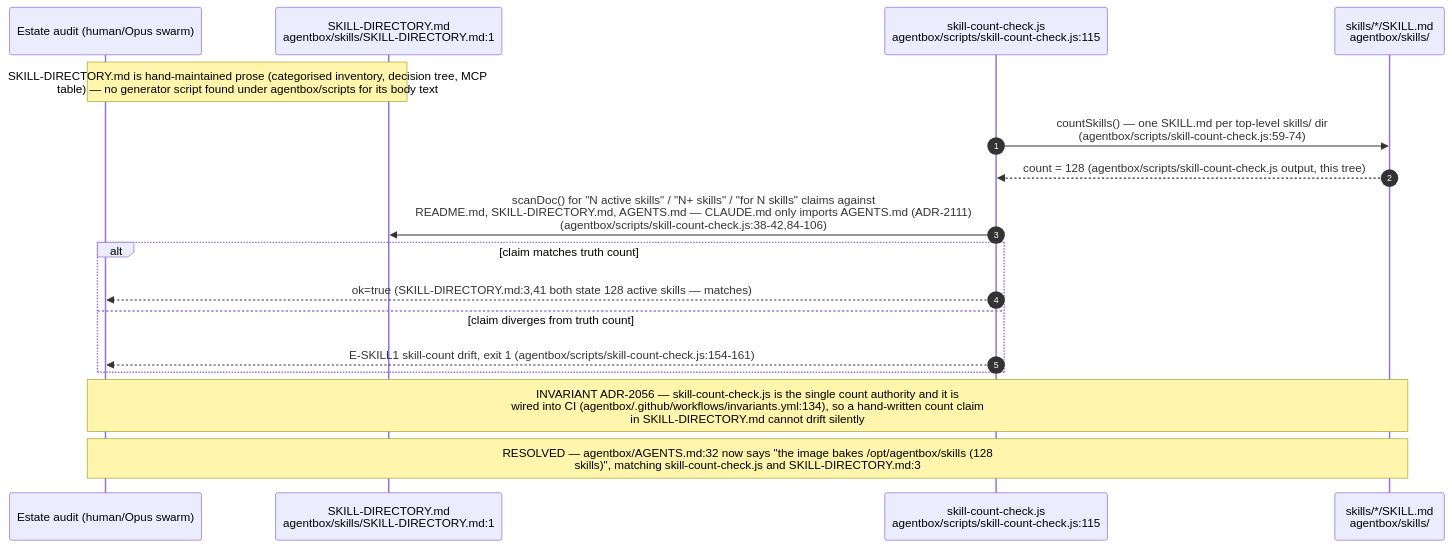
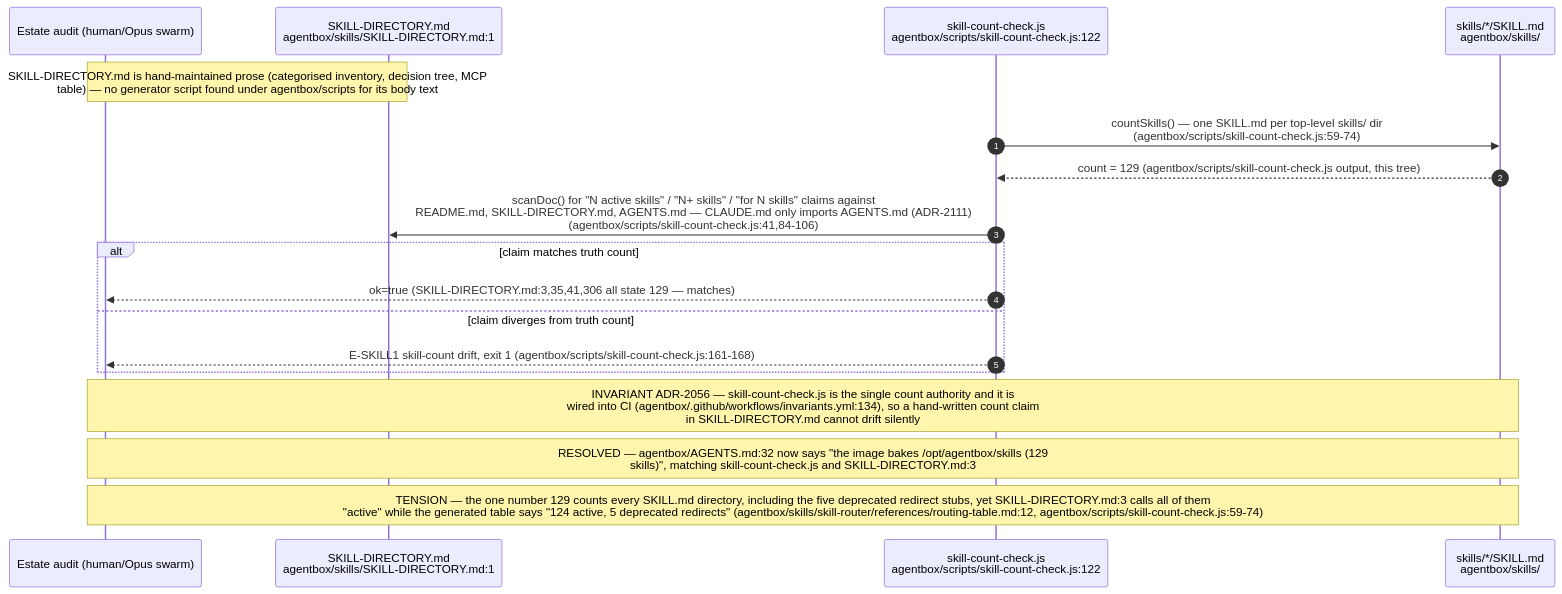
The fourth of 12 diagrams in docs/diagrams/agentbox/22-skills-and-routing.md (DreamLab-AI/VisionFlow), drawn with Mermaid before and after one commit. The commit also changed other lines of this file and 80 other files, not shown here.

First line of the commit message:
docs(diagrams): re-verify the agentbox, dreamlab, estate and visionflow corpus against current sources

````diff
--- a/docs/diagrams/agentbox/22-skills-and-routing.md
+++ b/docs/diagrams/agentbox/22-skills-and-routing.md
@@ -184,20 +185,21 @@
 ```mermaid
 sequenceDiagram
     autonumber
     participant AUTHOR as Estate audit (human/Opus swarm)
     participant DIR as SKILL-DIRECTORY.md<br/>agentbox/skills/SKILL-DIRECTORY.md:1
-    participant CNT as skill-count-check.js<br/>agentbox/scripts/skill-count-check.js:115
+    participant CNT as skill-count-check.js<br/>agentbox/scripts/skill-count-check.js:122
     participant DISK as skills/*/SKILL.md<br/>agentbox/skills/
 
     Note over AUTHOR,DIR: SKILL-DIRECTORY.md is hand-maintained prose (categorised inventory, decision tree, MCP<br/>table) — no generator script found under agentbox/scripts for its body text
     CNT->>DISK: countSkills() — one SKILL.md per top-level skills/ dir<br/>(agentbox/scripts/skill-count-check.js:59-74)
-    DISK-->>CNT: count = 128 (agentbox/scripts/skill-count-check.js output, this tree)
-    CNT->>DIR: scanDoc() for "N active skills" / "N+ skills" / "for N skills" claims against<br/>README.md, SKILL-DIRECTORY.md, AGENTS.md — CLAUDE.md only imports AGENTS.md (ADR-2111)<br/>(agentbox/scripts/skill-count-check.js:38-42,84-106)
+    DISK-->>CNT: count = 129 (agentbox/scripts/skill-count-check.js output, this tree)
+    CNT->>DIR: scanDoc() for "N active skills" / "N+ skills" / "for N skills" claims against<br/>README.md, SKILL-DIRECTORY.md, AGENTS.md — CLAUDE.md only imports AGENTS.md (ADR-2111)<br/>(agentbox/scripts/skill-count-check.js:41,84-106)
     alt claim matches truth count
-        CNT-->>AUTHOR: ok=true (SKILL-DIRECTORY.md:3,41 both state 128 active skills — matches)
+        CNT-->>AUTHOR: ok=true (SKILL-DIRECTORY.md:3,35,41,306 all state 129 — matches)
     else claim diverges from truth count
-        CNT-->>AUTHOR: E-SKILL1 skill-count drift, exit 1 (agentbox/scripts/skill-count-check.js:154-161)
+        CNT-->>AUTHOR: E-SKILL1 skill-count drift, exit 1 (agentbox/scripts/skill-count-check.js:161-168)
     end
     Note over AUTHOR,DISK: INVARIANT ADR-2056 — skill-count-check.js is the single count authority and it is<br/>wired into CI (agentbox/.github/workflows/invariants.yml:134), so a hand-written count claim<br/>in SKILL-DIRECTORY.md cannot drift silently
-    Note over AUTHOR,DISK: RESOLVED — agentbox/AGENTS.md:32 now says "the image bakes /opt/agentbox/skills (128<br/>skills)", matching skill-count-check.js and SKILL-DIRECTORY.md:3
+    Note over AUTHOR,DISK: RESOLVED — agentbox/AGENTS.md:32 now says "the image bakes /opt/agentbox/skills (129<br/>skills)", matching skill-count-check.js and SKILL-DIRECTORY.md:3
+    Note over AUTHOR,DISK: TENSION — the one number 129 counts every SKILL.md directory, including the five deprecated redirect stubs, yet SKILL-DIRECTORY.md:3 calls all of them<br/>"active" while the generated table says "124 active, 5 deprecated redirects" (agentbox/skills/skill-router/references/routing-table.md:12, agentbox/scripts/skill-count-check.js:59-74)
 ```
````
